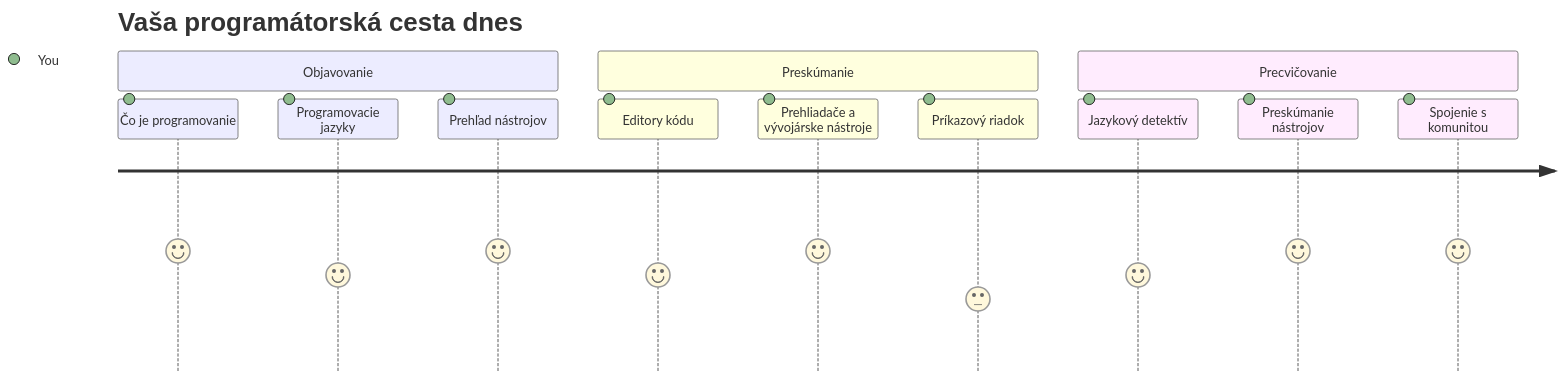
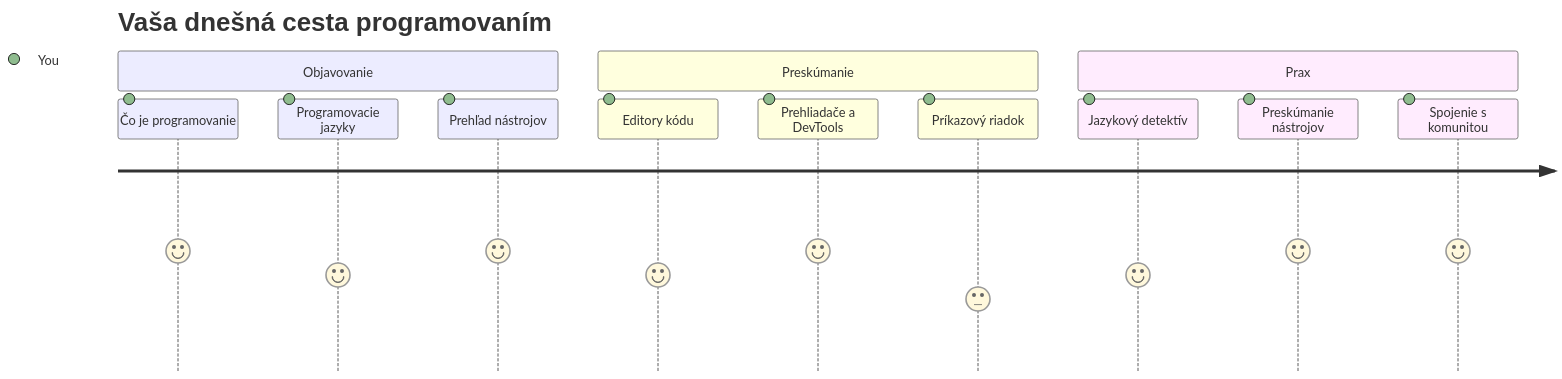
Before and after one commit to microsoft/Web-Dev-For-Beginners: the first of 7 diagrams in translations/sk/1-getting-started-lessons/1-intro-to-programming-languages/README.md, drawn with Mermaid. The commit also changed other lines of this file and 11 other files, not shown here.

````diff
--- a/translations/sk/1-getting-started-lessons/1-intro-to-programming-languages/README.md
+++ b/translations/sk/1-getting-started-lessons/1-intro-to-programming-languages/README.md
@@ -14,16 +14,16 @@
 ```mermaid
 journey
-    title Vaša programátorská cesta dnes
+    title Vaša dnešná cesta programovaním
     section Objavovanie
       Čo je programovanie: 5: You
       Programovacie jazyky: 4: You
       Prehľad nástrojov: 5: You
     section Preskúmanie
       Editory kódu: 4: You
-      Prehliadače a vývojárske nástroje: 5: You
+      Prehliadače a DevTools: 5: You
       Príkazový riadok: 3: You
-    section Precvičovanie
+    section Prax
       Jazykový detektív: 4: You
       Preskúmanie nástrojov: 5: You
       Spojenie s komunitou: 5: You
 ```
````
